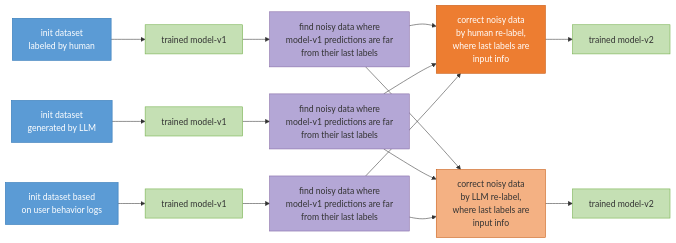
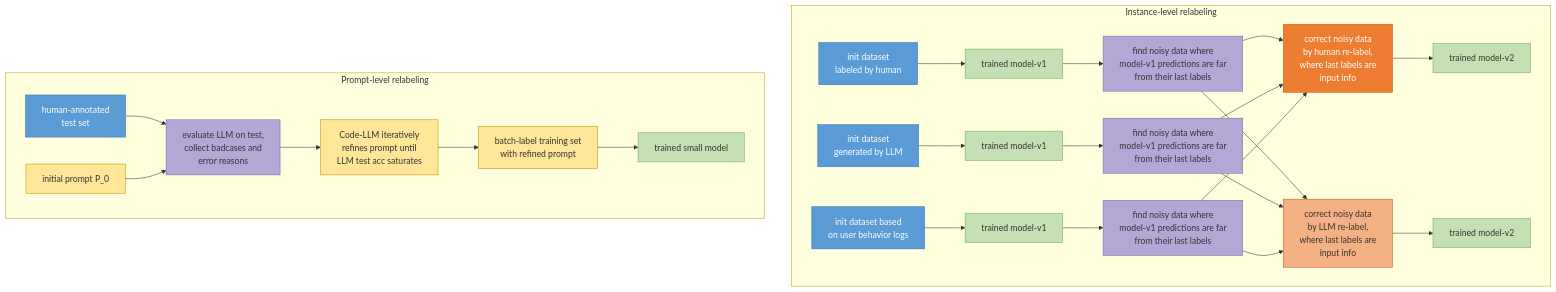
One commit to guotong1988/guotong1988.github.io changed the diagram in core_research/_posts/2025-10-01-unified-nlp.md. Above: the diagram before and after it, drawn with Mermaid. The commit also changed other lines of this file, not shown here.

````diff
--- a/core_research/_posts/2025-10-01-unified-nlp.md
+++ b/core_research/_posts/2025-10-01-unified-nlp.md
@@ -30,33 +30,47 @@
 ```mermaid
-flowchart LR
-    A1["init dataset<br/>labeled by human"] --> B1["trained model-v1"]
-    B1 --> C1["find noisy data where<br/>model-v1 predictions are far<br/>from their last labels"]
+flowchart TB
+    subgraph Inst["Instance-level relabeling"]
+        direction LR
+        A1["init dataset<br/>labeled by human"] --> B1["trained model-v1"]
+        B1 --> C1["find noisy data where<br/>model-v1 predictions are far<br/>from their last labels"]
 
-    A2["init dataset<br/>generated by LLM"] --> B2["trained model-v1"]
-    B2 --> C2["find noisy data where<br/>model-v1 predictions are far<br/>from their last labels"]
+        A2["init dataset<br/>generated by LLM"] --> B2["trained model-v1"]
+        B2 --> C2["find noisy data where<br/>model-v1 predictions are far<br/>from their last labels"]
 
-    A3["init dataset based<br/>on user behavior logs"] --> B3["trained model-v1"]
-    B3 --> C3["find noisy data where<br/>model-v1 predictions are far<br/>from their last labels"]
+        A3["init dataset based<br/>on user behavior logs"] --> B3["trained model-v1"]
+        B3 --> C3["find noisy data where<br/>model-v1 predictions are far<br/>from their last labels"]
 
-    C1 --> H["correct noisy data<br/>by human re-label,<br/>where last labels are<br/>input info"]
-    C2 --> H
-    C3 --> H
-    C1 --> L["correct noisy data<br/>by LLM re-label,<br/>where last labels are<br/>input info"]
-    C2 --> L
-    C3 --> L
+        C1 --> H["correct noisy data<br/>by human re-label,<br/>where last labels are<br/>input info"]
+        C2 --> H
+        C3 --> H
+        C1 --> L["correct noisy data<br/>by LLM re-label,<br/>where last labels are<br/>input info"]
+        C2 --> L
+        C3 --> L
 
-    H --> V2H["trained model-v2"]
-    L --> V2L["trained model-v2"]
+        H --> V2H["trained model-v2"]
+        L --> V2L["trained model-v2"]
+    end
+
+    subgraph Prompt["Prompt-level relabeling"]
+        direction LR
+        T["human-annotated<br/>test set"] --> E["evaluate LLM on test,<br/>collect badcases and<br/>error reasons"]
+        P0["initial prompt P_0"] --> E
+        E --> R["Code-LLM iteratively<br/>refines prompt until<br/>LLM test acc saturates"]
+        R --> BL["batch-label training set<br/>with refined prompt"]
+        BL --> SM["trained small model"]
+    end
 
     classDef init fill:#5B9BD5,stroke:#2E75B6,color:#fff
     classDef model fill:#C5E0B4,stroke:#70AD47
     classDef noisy fill:#B4A7D6,stroke:#8064A2
     classDef human fill:#ED7D31,stroke:#C65911,color:#fff
     classDef llm fill:#F4B183,stroke:#C65911
+    classDef prompt fill:#FFE699,stroke:#BF8F00
 
-    class A1,A2,A3 init
-    class B1,B2,B3,V2H,V2L model
-    class C1,C2,C3 noisy
+    class A1,A2,A3,T init
+    class B1,B2,B3,V2H,V2L,SM model
+    class C1,C2,C3,E noisy
     class H human
     class L llm
+    class P0,R,BL prompt
 ```
````
